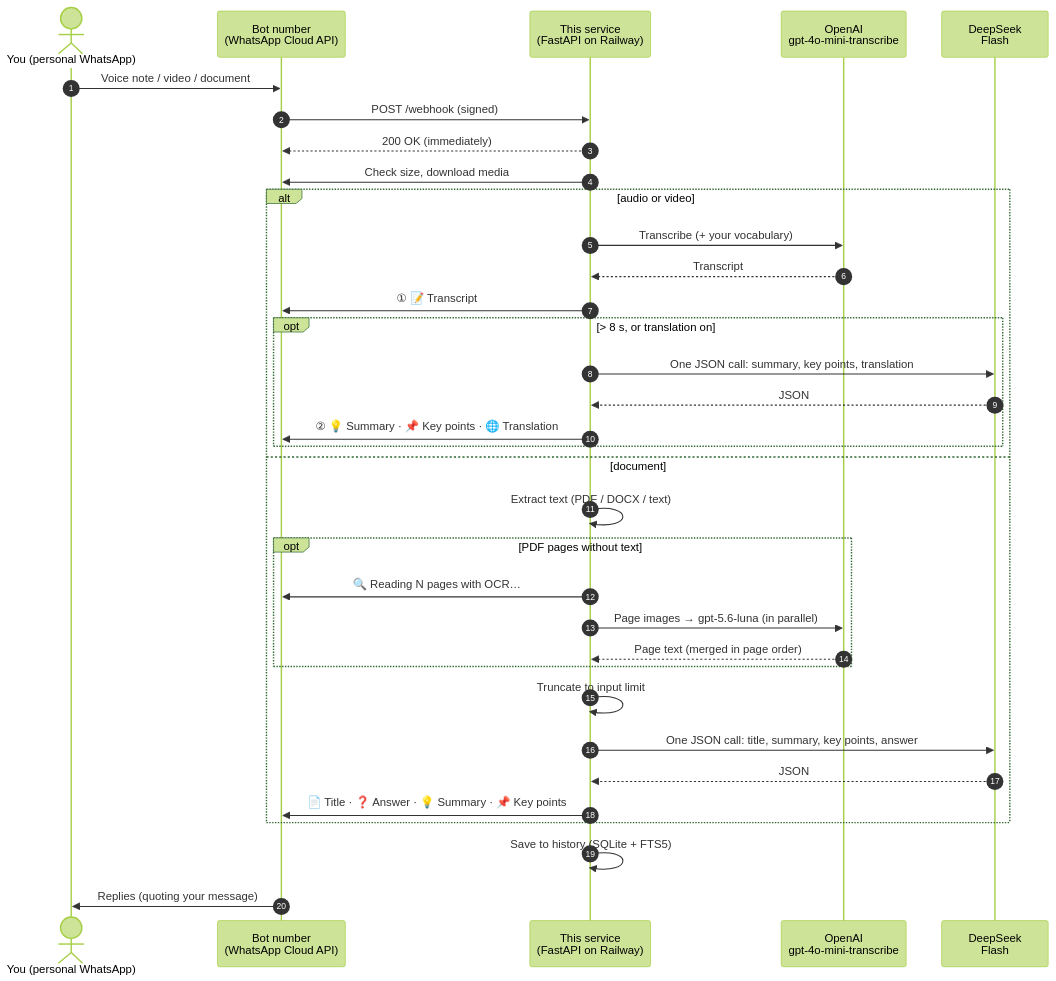
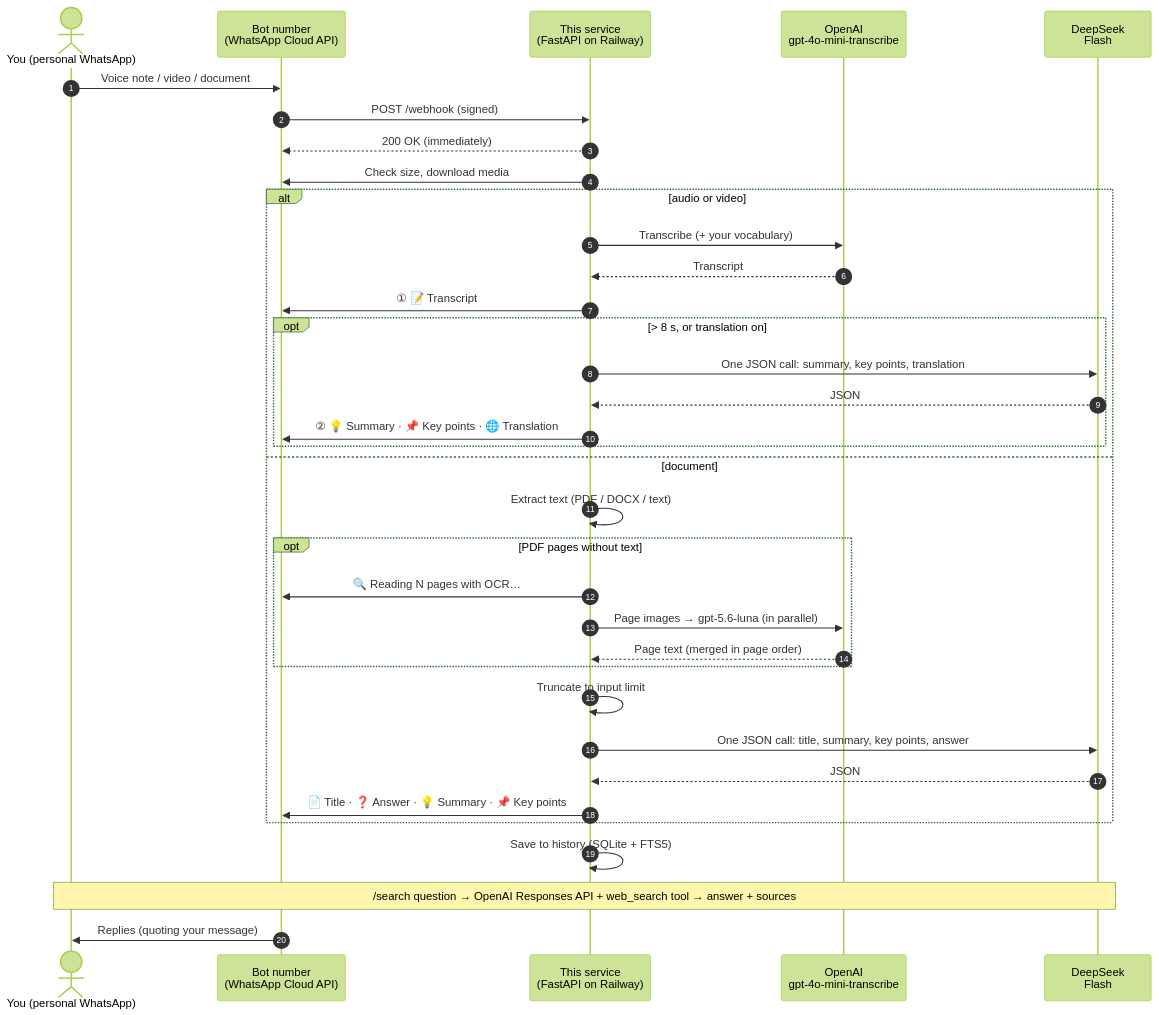
One commit to kwincheah/whatsapp_transcript_service changed the diagram in README.md. Above: the diagram before and after it, drawn with Mermaid (forest theme). The commit also changed other lines of this file and 8 other files, not shown here.

First line of the commit message:
Add /search web search; move history search to /find

````diff
--- a/README.md
+++ b/README.md
@@ -190,37 +207,38 @@
 ```mermaid
 sequenceDiagram
     autonumber
     actor You as You (personal WhatsApp)
     participant WA as Bot number<br/>(WhatsApp Cloud API)
     participant Svc as This service<br/>(FastAPI on Railway)
     participant OAI as OpenAI<br/>gpt-4o-mini-transcribe
     participant DS as DeepSeek<br/>Flash
 
     You->>WA: Voice note / video / document
     WA->>Svc: POST /webhook (signed)
     Svc-->>WA: 200 OK (immediately)
     Svc->>WA: Check size, download media
     alt audio or video
         Svc->>OAI: Transcribe (+ your vocabulary)
         OAI-->>Svc: Transcript
         Svc->>WA: ① 📝 Transcript
         opt > 8 s, or translation on
             Svc->>DS: One JSON call: summary, key points, translation
             DS-->>Svc: JSON
             Svc->>WA: ② 💡 Summary · 📌 Key points · 🌐 Translation
         end
     else document
         Svc->>Svc: Extract text (PDF / DOCX / text)
         opt PDF pages without text
             Svc->>WA: 🔍 Reading N pages with OCR…
             Svc->>OAI: Page images → gpt-5.6-luna (in parallel)
             OAI-->>Svc: Page text (merged in page order)
         end
         Svc->>Svc: Truncate to input limit
         Svc->>DS: One JSON call: title, summary, key points, answer
         DS-->>Svc: JSON
         Svc->>WA: 📄 Title · ❓ Answer · 💡 Summary · 📌 Key points
     end
     Svc->>Svc: Save to history (SQLite + FTS5)
+    Note over You,DS: /search question → OpenAI Responses API + web_search tool → answer + sources
     WA->>You: Replies (quoting your message)
 ```
````
